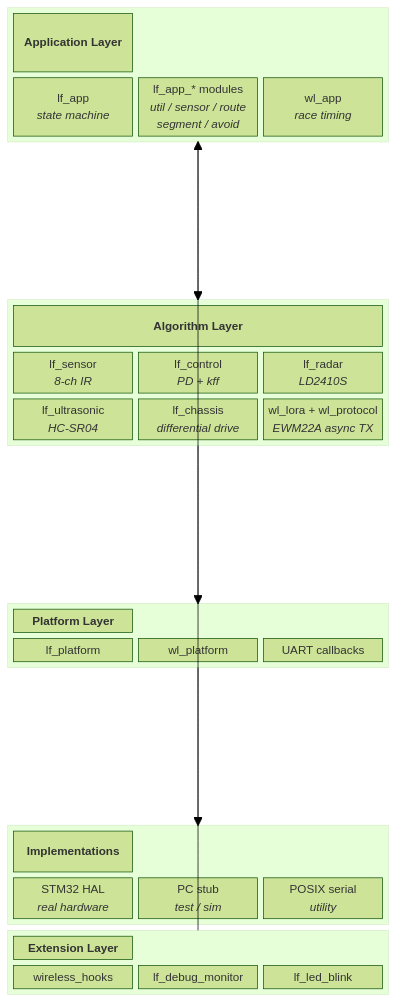
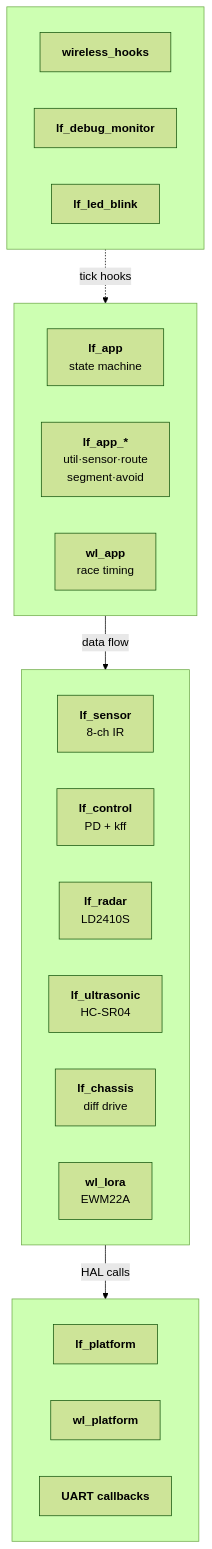
One commit to AndingDrLin/TDPS changed the first of 3 diagrams in README.md. Above: the diagram before and after it, drawn with Mermaid (forest theme). The commit also changed other lines of this file, not shown here.

First line of the commit message:
docs: fix Mermaid diagrams with universal syntax

````diff
--- a/README.md
+++ b/README.md
@@ -26,59 +26,37 @@
 ```mermaid
-block-beta
-    columns 3
-
-    block:app:3
-        columns 3
-        A_TITLE["<b>Application Layer</b>"]:3
-        LF_APP["lf_app\n<i>state machine</i>"]
-        LF_MOD["lf_app_* modules\n<i>util / sensor / route\nsegment / avoid</i>"]
-        WL_APP["wl_app\n<i>race timing</i>"]
+graph TD
+    subgraph APP[" "]
+        direction LR
+        A1["<b>lf_app</b><br/>state machine"]
+        A2["<b>lf_app_*</b><br/>util·sensor·route<br/>segment·avoid"]
+        A3["<b>wl_app</b><br/>race timing"]
     end
 
-    space:3
-
-    block:algo:3
-        columns 3
-        B_TITLE["<b>Algorithm Layer</b>"]:3
-        LF_SENSOR["lf_sensor\n<i>8-ch IR</i>"]
-        LF_CTRL["lf_control\n<i>PD + kff</i>"]
-        LF_RADAR["lf_radar\n<i>LD2410S</i>"]
-        LF_US["lf_ultrasonic\n<i>HC-SR04</i>"]
-        LF_CHASSIS["lf_chassis\n<i>differential drive</i>"]
-        WL_LORA["wl_lora + wl_protocol\n<i>EWM22A async TX</i>"]
+    subgraph ALG[" "]
+        direction LR
+        B1["<b>lf_sensor</b><br/>8-ch IR"]
+        B2["<b>lf_control</b><br/>PD + kff"]
+        B3["<b>lf_radar</b><br/>LD2410S"]
+        B4["<b>lf_ultrasonic</b><br/>HC-SR04"]
+        B5["<b>lf_chassis</b><br/>diff drive"]
+        B6["<b>wl_lora</b><br/>EWM22A"]
     end
 
-    space:3
-
-    block:plat:3
-        columns 3
-        C_TITLE["<b>Platform Layer</b>"]:3
-        LF_PLAT["lf_platform"]
-        WL_PLAT["wl_platform"]
-        UART_CB["UART callbacks"]
+    subgraph PLAT[" "]
+        direction LR
+        C1["<b>lf_platform</b>"]
+        C2["<b>wl_platform</b>"]
+        C3["<b>UART callbacks</b>"]
     end
 
-    space:3
-
-    block:impl:3
-        columns 3
-        D_TITLE["<b>Implementations</b>"]:3
-        STM32["STM32 HAL\n<i>real hardware</i>"]
-        STUB["PC stub\n<i>test / sim</i>"]
-        POSIX["POSIX serial\n<i>utility</i>"]
+    subgraph EXT[" "]
+        direction LR
+        D1["<b>wireless_hooks</b>"]
+        D2["<b>lf_debug_monitor</b>"]
+        D3["<b>lf_led_blink</b>"]
     end
 
-    app --> algo
-    algo --> plat
-    plat --> impl
-
-    block:ext:3
-        columns 3
-        E_TITLE["<b>Extension Layer</b>"]:3
-        WH["wireless_hooks"]
-        DM["lf_debug_monitor"]
-        LED["lf_led_blink"]
-    end
-
-    ext --> app
+    APP -->|"data flow"| ALG
+    ALG -->|"HAL calls"| PLAT
+    EXT -.->|"tick hooks"| APP
 ```
````
